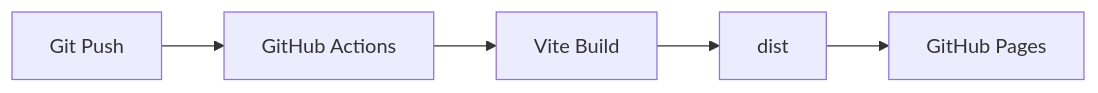
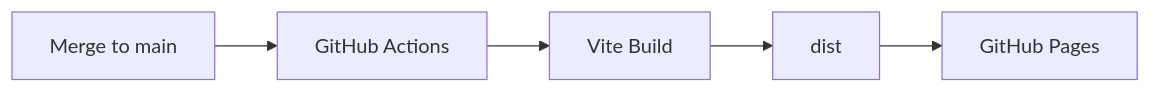
Before and after one commit to anjiladhikari/food: the third of 3 diagrams in README.md, drawn with Mermaid. The commit also changed other lines of this file, not shown here.

````diff
--- a/README.md
+++ b/README.md
@@ -118,7 +366,7 @@
 ```mermaid
 flowchart LR
-    A[Git Push] --> B[GitHub Actions]
+    A[Merge to main] --> B[GitHub Actions]
     B --> C[Vite Build]
     C --> D[dist]
     D --> E[GitHub Pages]
 ```
````
